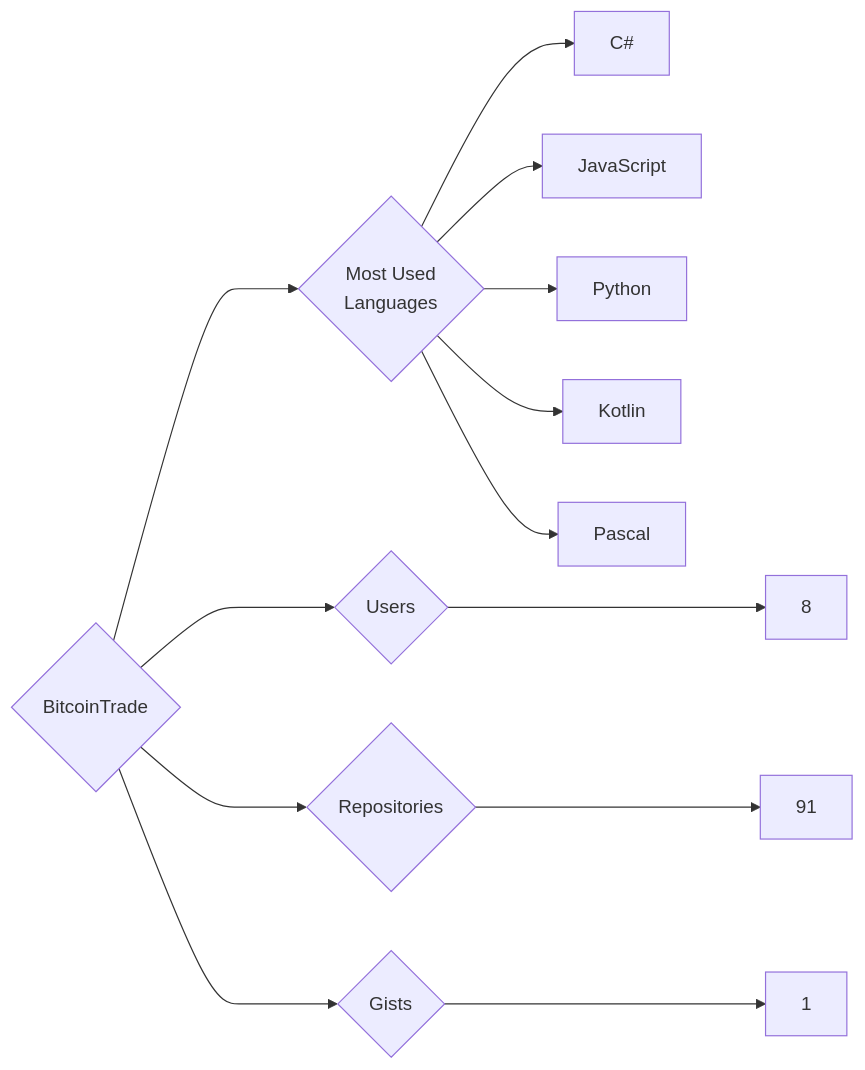
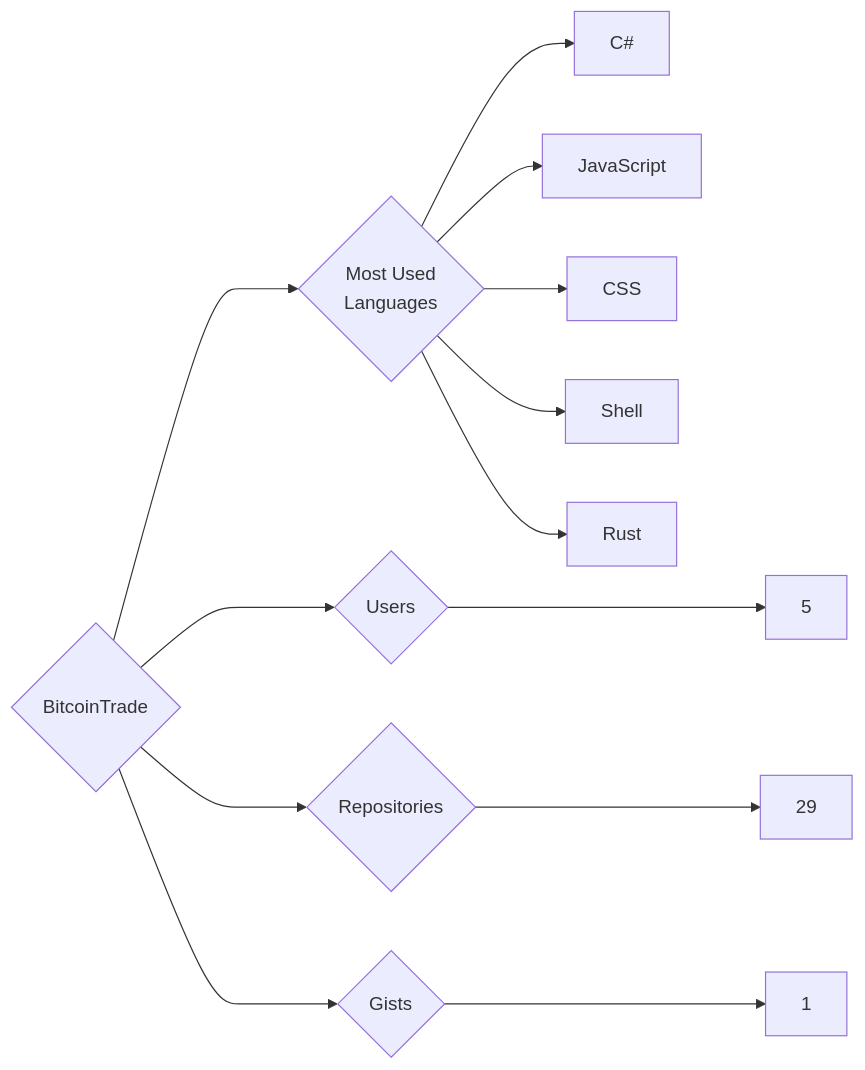
Before and after one commit to trickest/insiders: the diagram in targets/BitcoinTrade/README.md, drawn with Mermaid. The commit also changed 942 other files, not shown here.

````diff
--- a/targets/BitcoinTrade/README.md
+++ b/targets/BitcoinTrade/README.md
@@ -3,13 +3,13 @@
 ```mermaid
 graph LR
 COMPANY_NAME{BitcoinTrade}
-COMPANY_NAME ---> U{Users} ---> UN[8]
-COMPANY_NAME ---> R{Repositories} ---> RN[91]
+COMPANY_NAME ---> U{Users} ---> UN[5]
+COMPANY_NAME ---> R{Repositories} ---> RN[29]
 COMPANY_NAME ---> G{Gists} ---> GN[1]
 COMPANY_NAME ---> ML{Most Used<br>Languages}
 ML --> C#[C#]
 ML --> JavaScript[JavaScript]
-ML --> Python[Python]
-ML --> Kotlin[Kotlin]
-ML --> Pascal[Pascal]
+ML --> CSS[CSS]
+ML --> Shell[Shell]
+ML --> Rust[Rust]
 ```
````
